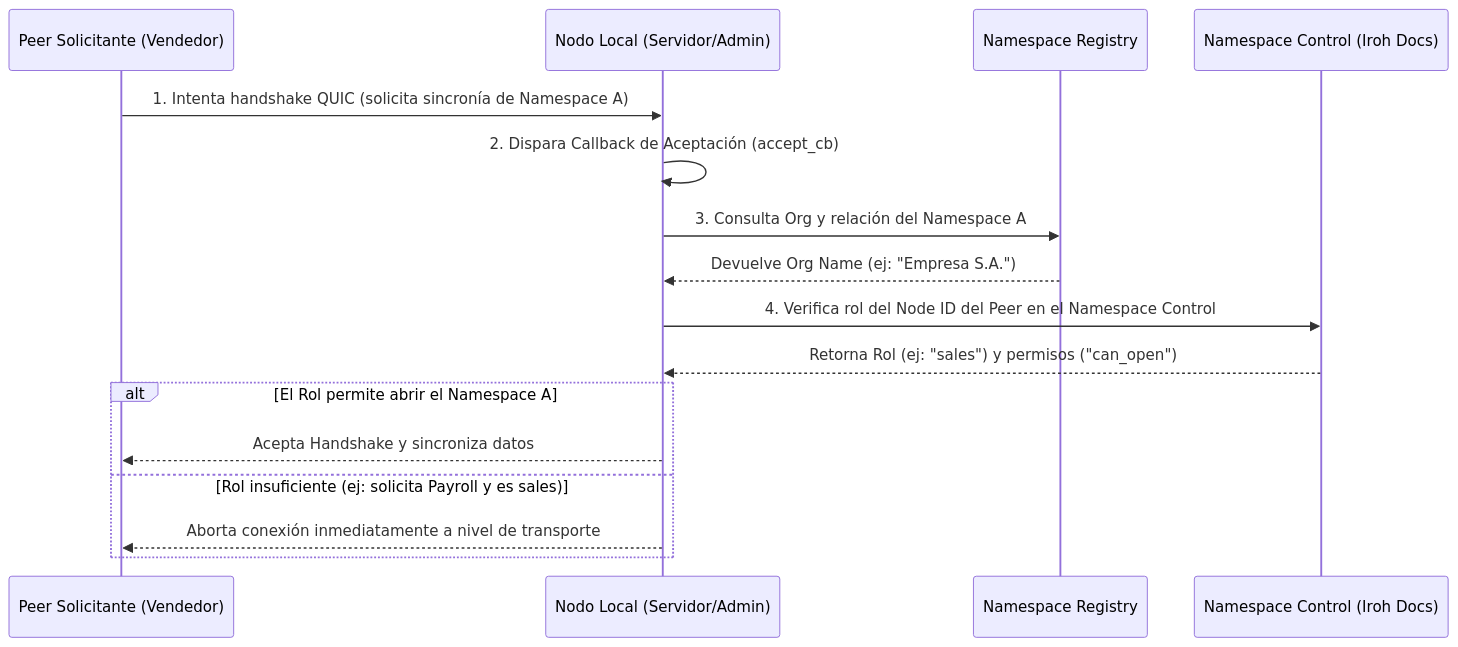
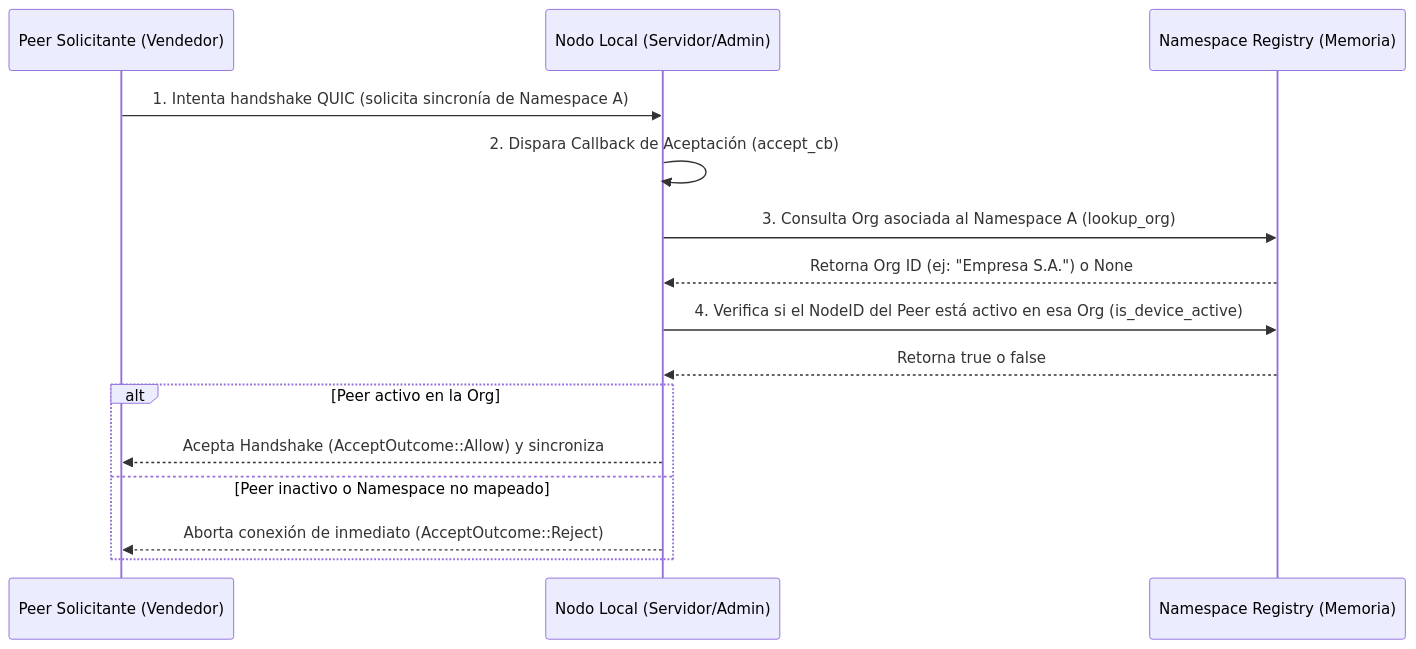
The second of 2 diagrams in apps/docs/src/content/docs/arquitectura/namespaces.md (royalcala/syntrix-monorepo), drawn with Mermaid before and after one commit. The commit also changed other lines of this file and 35 other files, not shown here.

````diff
--- a/apps/docs/src/content/docs/arquitectura/namespaces.md
+++ b/apps/docs/src/content/docs/arquitectura/namespaces.md
@@ -73,19 +73,18 @@
 ```mermaid
 sequenceDiagram
     participant Peer as Peer Solicitante (Vendedor)
     participant Local as Nodo Local (Servidor/Admin)
-    participant Reg as Namespace Registry
-    participant Ctrl as Namespace Control (Iroh Docs)
+    participant Reg as Namespace Registry (Memoria)
 
     Peer->>Local: 1. Intenta handshake QUIC (solicita sincronía de Namespace A)
     Local->>Local: 2. Dispara Callback de Aceptación (accept_cb)
-    Local->>Reg: 3. Consulta Org y relación del Namespace A
-    Reg-->>Local: Devuelve Org Name (ej: "Empresa S.A.")
-    Local->>Ctrl: 4. Verifica rol del Node ID del Peer en el Namespace Control
-    Ctrl-->>Local: Retorna Rol (ej: "sales") y permisos ("can_open")
-    alt El Rol permite abrir el Namespace A
-        Local-->>Peer: Acepta Handshake y sincroniza datos
-    else Rol insuficiente (ej: solicita Payroll y es sales)
-        Local-->>Peer: Aborta conexión inmediatamente a nivel de transporte
+    Local->>Reg: 3. Consulta Org asociada al Namespace A (lookup_org)
+    Reg-->>Local: Retorna Org ID (ej: "Empresa S.A.") o None
+    Local->>Reg: 4. Verifica si el NodeID del Peer está activo en esa Org (is_device_active)
+    Reg-->>Local: Retorna true o false
+    alt Peer activo en la Org
+        Local-->>Peer: Acepta Handshake (AcceptOutcome::Allow) y sincroniza
+    else Peer inactivo o Namespace no mapeado
+        Local-->>Peer: Aborta conexión de inmediato (AcceptOutcome::Reject)
     end
 ```
````
